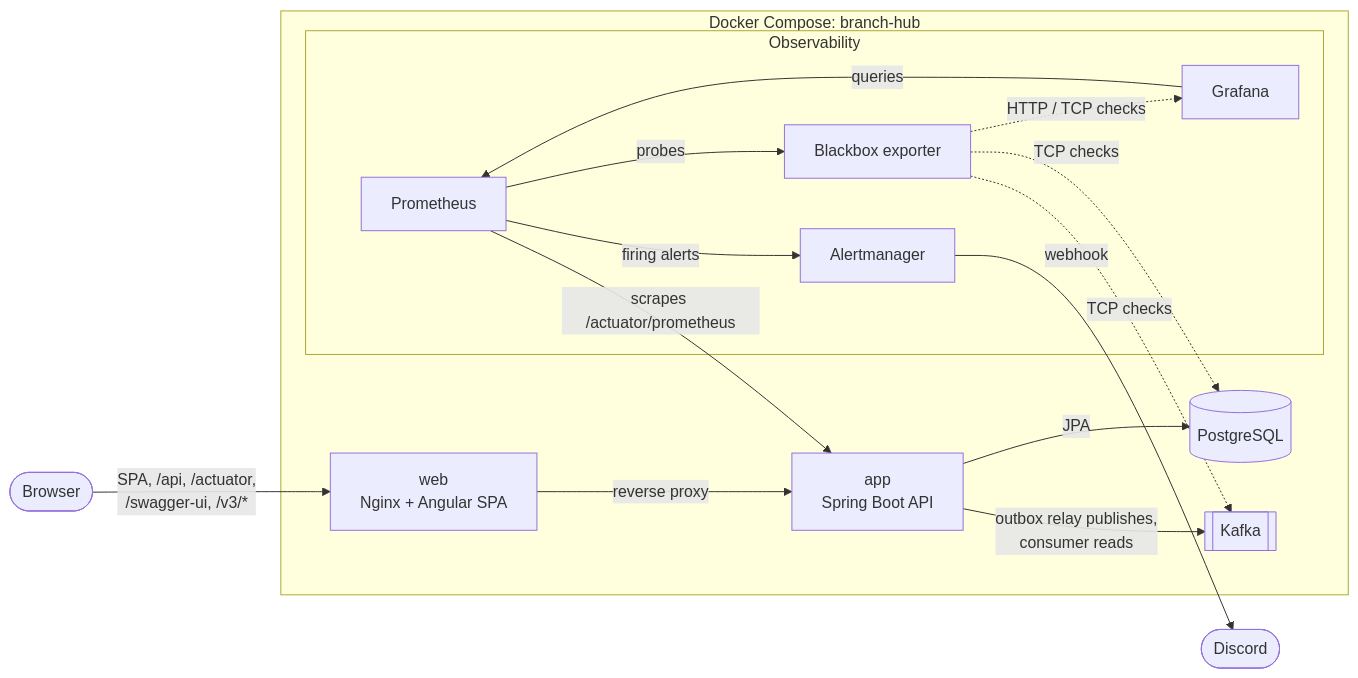
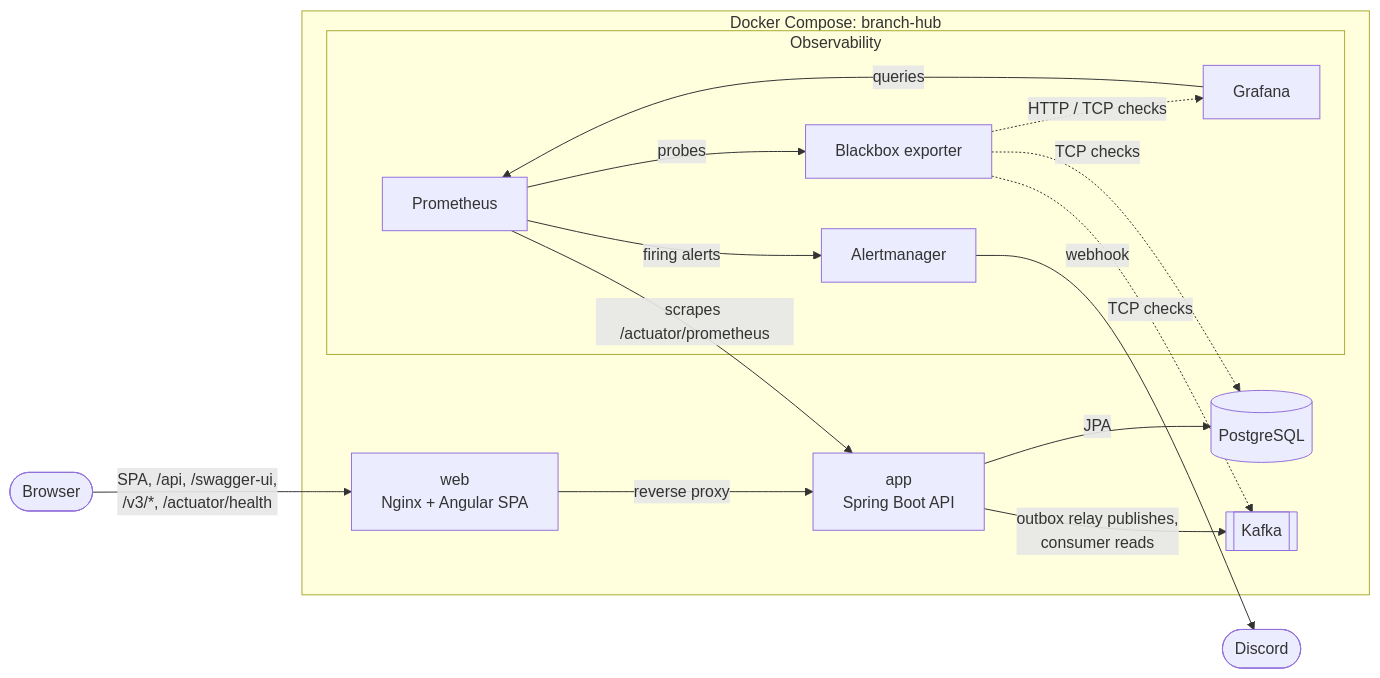
One commit to JuanMaVelezPa/branch-hub changed the first of 3 diagrams in docs/architecture.md. Above: the diagram before and after it, drawn with Mermaid. The commit also changed other lines of this file and 22 other files, not shown here.

````diff
--- a/docs/architecture.md
+++ b/docs/architecture.md
@@ -7,34 +7,34 @@
 ```mermaid
 flowchart LR
     browser([Browser])
 
     subgraph compose[Docker Compose: branch-hub]
         web["web<br/>Nginx + Angular SPA"]
         app["app<br/>Spring Boot API"]
         postgres[(PostgreSQL)]
         kafka[[Kafka]]
 
         subgraph obs[Observability]
             prometheus[Prometheus]
             blackbox[Blackbox exporter]
             alertmanager[Alertmanager]
             grafana[Grafana]
         end
     end
 
     discord([Discord])
 
-    browser -- "SPA, /api, /actuator,<br/>/swagger-ui, /v3/*" --> web
+    browser -- "SPA, /api, /swagger-ui,<br/>/v3/*, /actuator/health" --> web
     web -- "reverse proxy" --> app
     app -- "JPA" --> postgres
     app -- "outbox relay publishes,<br/>consumer reads" --> kafka
 
     prometheus -- "scrapes /actuator/prometheus" --> app
     prometheus -- "probes" --> blackbox
     blackbox -. "HTTP / TCP checks" .-> grafana
     blackbox -. "TCP checks" .-> kafka
     blackbox -. "TCP checks" .-> postgres
     prometheus -- "firing alerts" --> alertmanager
     alertmanager -- "webhook" --> discord
     grafana -- "queries" --> prometheus
 ```
````
